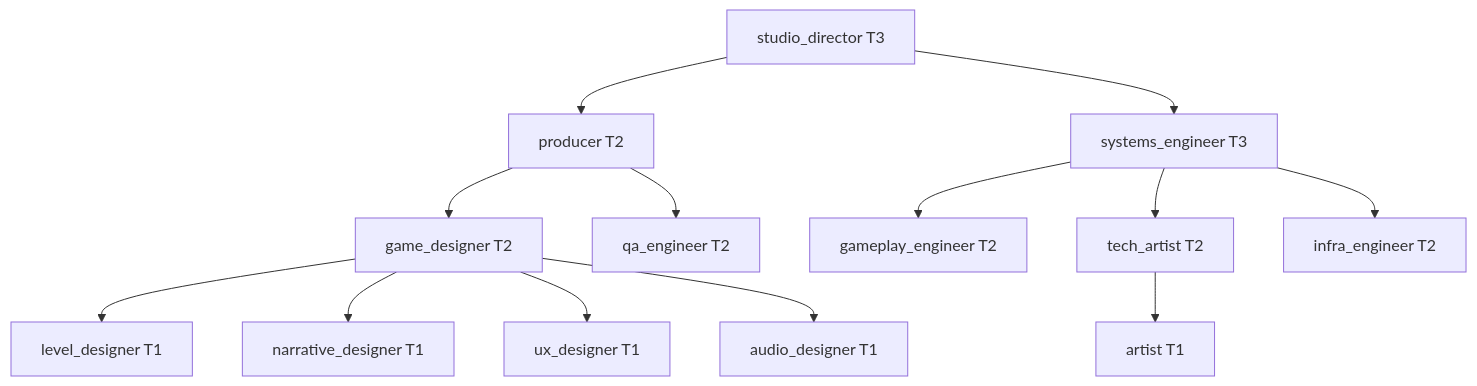
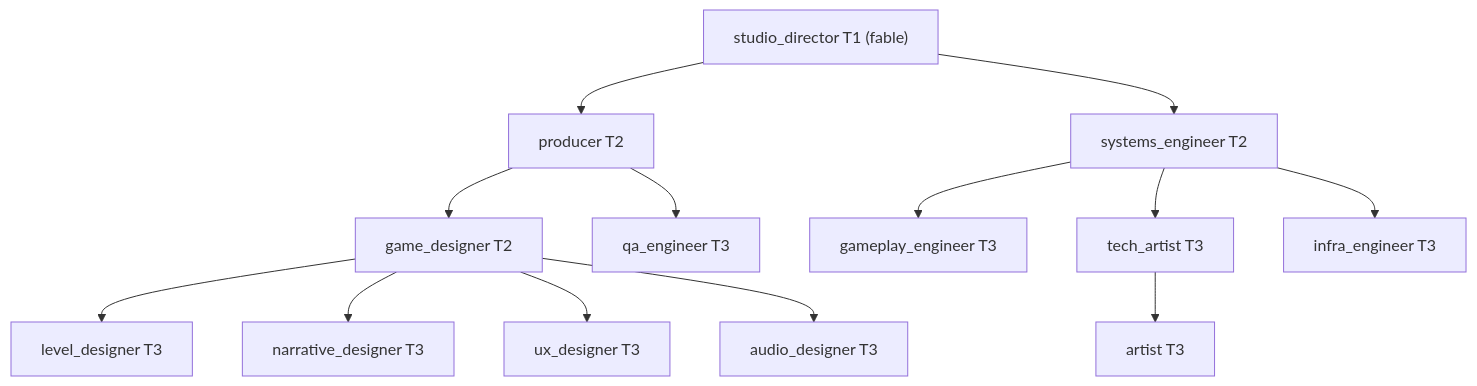
One commit to tugcantopaloglu/game-studio-crew changed the diagram in docs/design/04-agent-graph.md. Above: the diagram before and after it, drawn with Mermaid. The commit also changed other lines of this file and 5 other files, not shown here.

````diff
--- a/docs/design/04-agent-graph.md
+++ b/docs/design/04-agent-graph.md
@@ -49,12 +51,12 @@
 ```mermaid
 graph TD
-  SD[studio_director T3]
+  SD["studio_director T1 (fable)"]
   PR[producer T2]
   GD[game_designer T2]
-  SE[systems_engineer T3]
+  SE[systems_engineer T2]
   SD --> PR & SE
-  PR --> GD & QA[qa_engineer T2]
-  GD --> LD[level_designer T1] & ND[narrative_designer T1] & UX[ux_designer T1] & AU[audio_designer T1]
-  SE --> GE[gameplay_engineer T2] & TA[tech_artist T2] & IN[infra_engineer T2]
-  TA --> AR[artist T1]
+  PR --> GD & QA[qa_engineer T3]
+  GD --> LD[level_designer T3] & ND[narrative_designer T3] & UX[ux_designer T3] & AU[audio_designer T3]
+  SE --> GE[gameplay_engineer T3] & TA[tech_artist T3] & IN[infra_engineer T3]
+  TA --> AR[artist T3]
 ```
````
